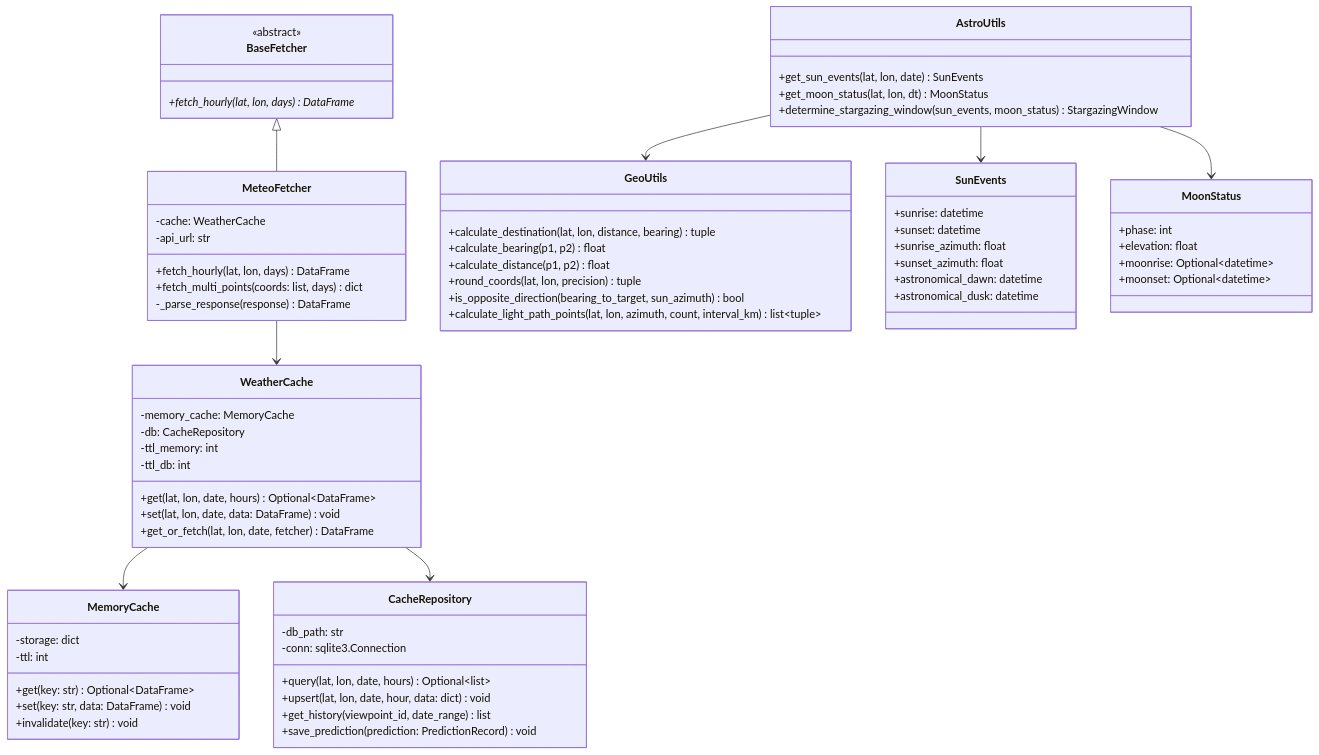
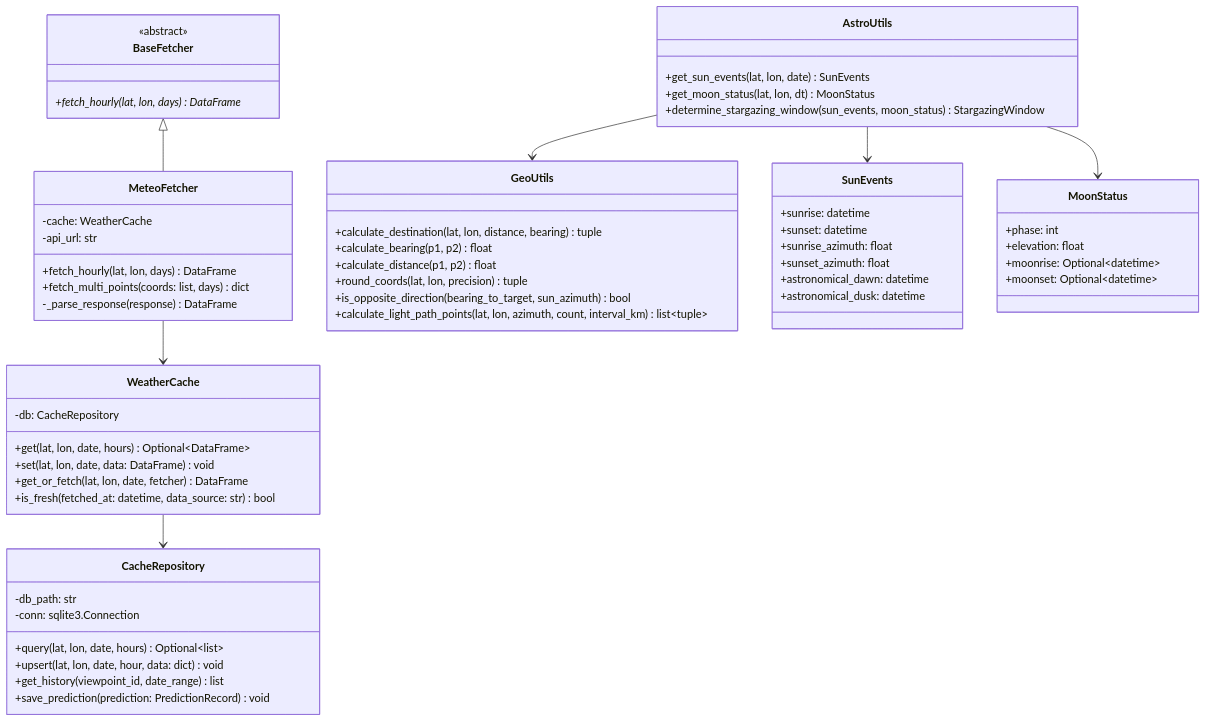
The second of 12 diagrams in design/06-class-sequence.md (mpb159753/golden-moment-predictor), drawn with Mermaid before and after one commit. The commit also changed other lines of this file and 9 other files, not shown here.

````diff
--- a/design/06-class-sequence.md
+++ b/design/06-class-sequence.md
@@ -60,81 +86,70 @@
 ```mermaid
 classDiagram
     class BaseFetcher {
         <<abstract>>
         +fetch_hourly(lat, lon, days)* DataFrame
     }
 
     class MeteoFetcher {
         -cache: WeatherCache
         -api_url: str
         +fetch_hourly(lat, lon, days) DataFrame
         +fetch_multi_points(coords: list, days) dict
         -_parse_response(response) DataFrame
     }
 
     class WeatherCache {
-        -memory_cache: MemoryCache
         -db: CacheRepository
-        -ttl_memory: int
-        -ttl_db: int
         +get(lat, lon, date, hours) Optional~DataFrame~
         +set(lat, lon, date, data: DataFrame) void
         +get_or_fetch(lat, lon, date, fetcher) DataFrame
-    }
-
-    class MemoryCache {
-        -storage: dict
-        -ttl: int
-        +get(key: str) Optional~DataFrame~
-        +set(key: str, data: DataFrame) void
-        +invalidate(key: str) void
+        +is_fresh(fetched_at: datetime, data_source: str) bool
     }
 
     class CacheRepository {
         -db_path: str
         -conn: sqlite3.Connection
         +query(lat, lon, date, hours) Optional~list~
         +upsert(lat, lon, date, hour, data: dict) void
         +get_history(viewpoint_id, date_range) list
         +save_prediction(prediction: PredictionRecord) void
     }
 
     class AstroUtils {
         +get_sun_events(lat, lon, date) SunEvents
         +get_moon_status(lat, lon, dt) MoonStatus
         +determine_stargazing_window(sun_events, moon_status) StargazingWindow
     }
 
     class GeoUtils {
         +calculate_destination(lat, lon, distance, bearing) tuple
         +calculate_bearing(p1, p2) float
         +calculate_distance(p1, p2) float
         +round_coords(lat, lon, precision) tuple
         +is_opposite_direction(bearing_to_target, sun_azimuth) bool
         +calculate_light_path_points(lat, lon, azimuth, count, interval_km) list~tuple~
     }
 
     class SunEvents {
         +sunrise: datetime
         +sunset: datetime
         +sunrise_azimuth: float
         +sunset_azimuth: float
         +astronomical_dawn: datetime
         +astronomical_dusk: datetime
     }
 
     class MoonStatus {
         +phase: int
         +elevation: float
         +moonrise: Optional~datetime~
         +moonset: Optional~datetime~
     }
 
     BaseFetcher <|-- MeteoFetcher
     MeteoFetcher --> WeatherCache
-    WeatherCache --> MemoryCache
     WeatherCache --> CacheRepository
     AstroUtils --> GeoUtils
     AstroUtils --> SunEvents
     AstroUtils --> MoonStatus
 ```
````
